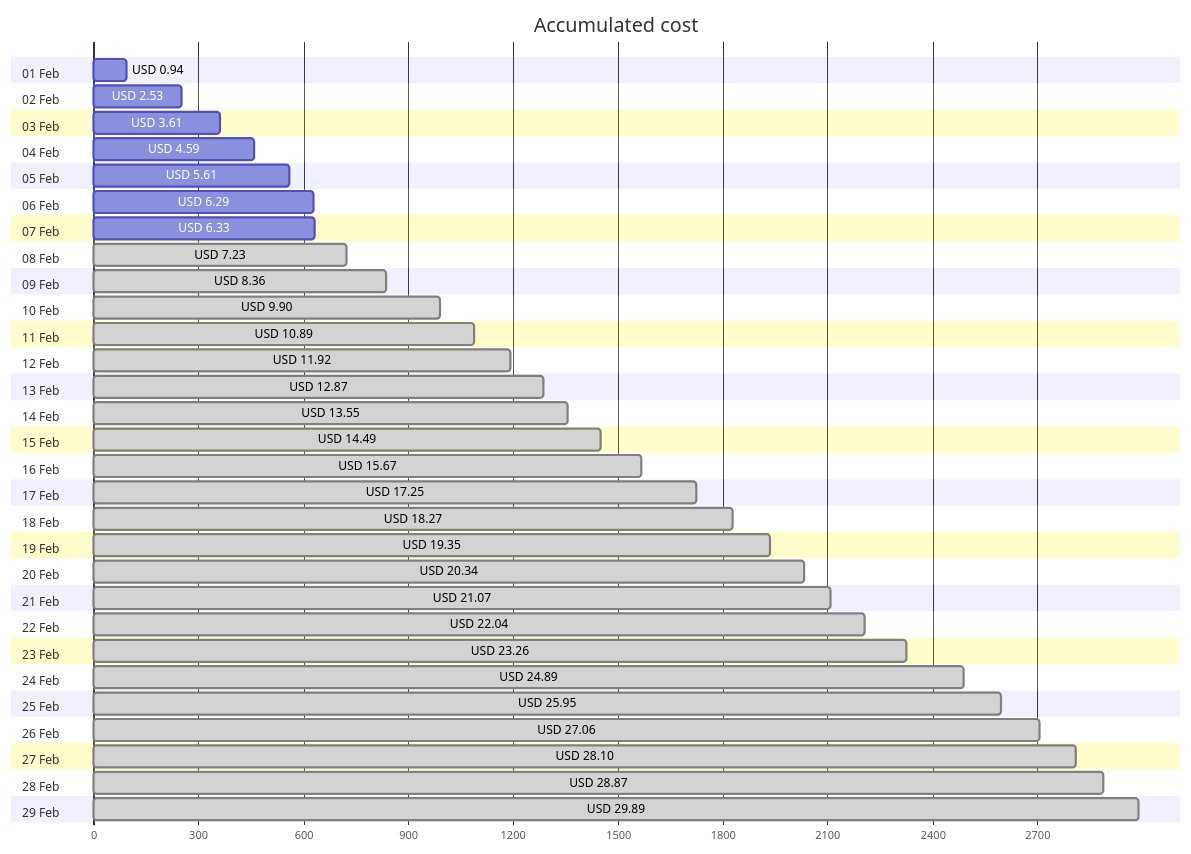
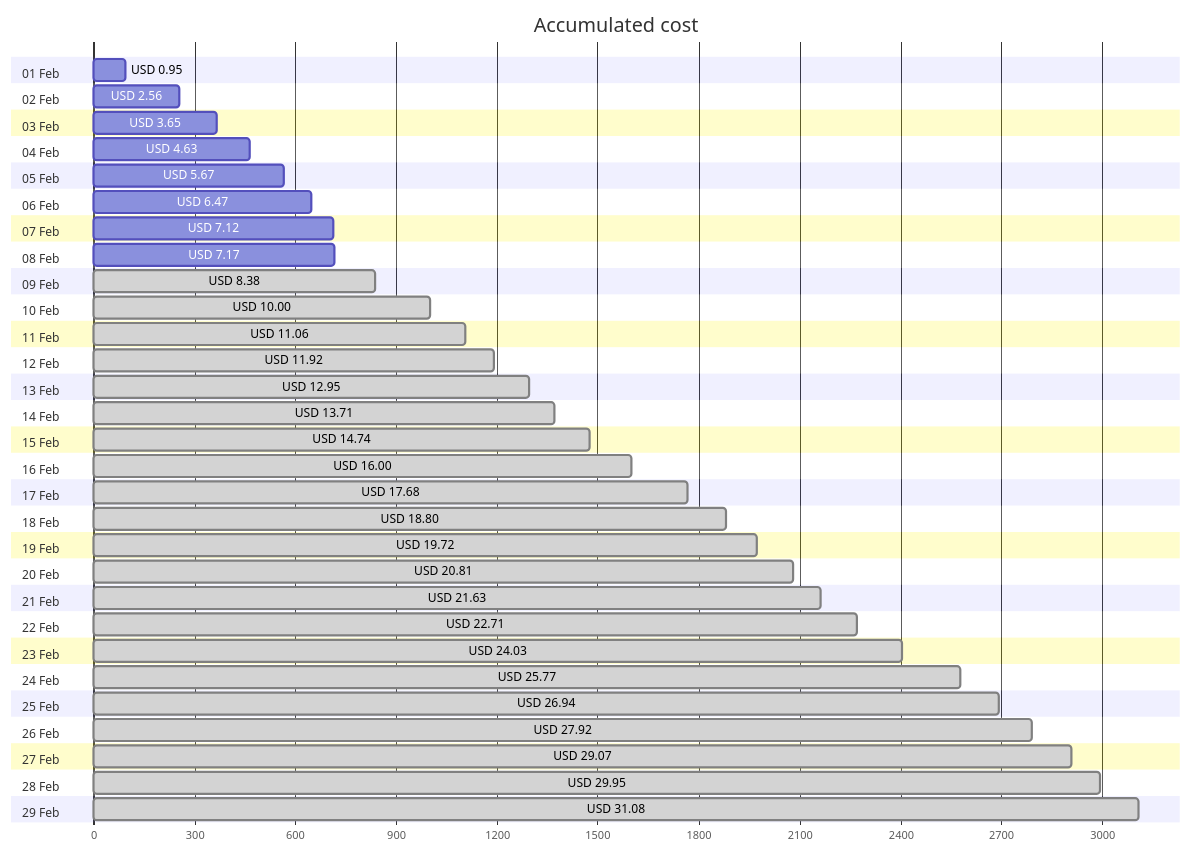
One commit to jpfulton/azure-personal-reports changed the first of 4 diagrams in cost-reports/personal-network/vpn-server.md. Above: the diagram before and after it, drawn with Mermaid. The commit also changed other lines of this file and 7 other files, not shown here.

````diff
--- a/cost-reports/personal-network/vpn-server.md
+++ b/cost-reports/personal-network/vpn-server.md
@@ -20,64 +20,64 @@
 ```mermaid
 gantt
    title Accumulated cost
    dateFormat  X
    axisFormat %s
    section 01 Feb
-   USD 0.94 :0, 94
+   USD 0.95 :0, 95
    section 02 Feb
-   USD 2.53 :0, 253
+   USD 2.56 :0, 256
    section 03 Feb
-   USD 3.61 :0, 361
+   USD 3.65 :0, 365
    section 04 Feb
-   USD 4.59 :0, 459
+   USD 4.63 :0, 463
    section 05 Feb
-   USD 5.61 :0, 561
+   USD 5.67 :0, 567
    section 06 Feb
-   USD 6.29 :0, 629
+   USD 6.47 :0, 647
    section 07 Feb
-   USD 6.33 :0, 633
+   USD 7.12 :0, 712
    section 08 Feb
-   USD 7.23 : done, 0, 723
+   USD 7.17 :0, 717
    section 09 Feb
-   USD 8.36 : done, 0, 836
+   USD 8.38 : done, 0, 838
    section 10 Feb
-   USD 9.90 : done, 0, 990
+   USD 10.00 : done, 0, 1000
    section 11 Feb
-   USD 10.89 : done, 0, 1089
+   USD 11.06 : done, 0, 1106
    section 12 Feb
    USD 11.92 : done, 0, 1192
    section 13 Feb
-   USD 12.87 : done, 0, 1287
+   USD 12.95 : done, 0, 1295
    section 14 Feb
-   USD 13.55 : done, 0, 1355
+   USD 13.71 : done, 0, 1371
    section 15 Feb
-   USD 14.49 : done, 0, 1449
+   USD 14.74 : done, 0, 1474
    section 16 Feb
-   USD 15.67 : done, 0, 1567
+   USD 16.00 : done, 0, 1600
    section 17 Feb
-   USD 17.25 : done, 0, 1725
+   USD 17.68 : done, 0, 1768
    section 18 Feb
-   USD 18.27 : done, 0, 1827
+   USD 18.80 : done, 0, 1880
    section 19 Feb
-   USD 19.35 : done, 0, 1935
+   USD 19.72 : done, 0, 1972
    section 20 Feb
-   USD 20.34 : done, 0, 2034
+   USD 20.81 : done, 0, 2081
    section 21 Feb
-   USD 21.07 : done, 0, 2107
+   USD 21.63 : done, 0, 2163
    section 22 Feb
-   USD 22.04 : done, 0, 2204
+   USD 22.71 : done, 0, 2271
    section 23 Feb
-   USD 23.26 : done, 0, 2326
+   USD 24.03 : done, 0, 2403
    section 24 Feb
-   USD 24.89 : done, 0, 2489
+   USD 25.77 : done, 0, 2577
    section 25 Feb
-   USD 25.95 : done, 0, 2595
+   USD 26.94 : done, 0, 2694
    section 26 Feb
-   USD 27.06 : done, 0, 2706
+   USD 27.92 : done, 0, 2792
    section 27 Feb
-   USD 28.10 : done, 0, 2810
+   USD 29.07 : done, 0, 2907
    section 28 Feb
-   USD 28.87 : done, 0, 2887
+   USD 29.95 : done, 0, 2995
    section 29 Feb
-   USD 29.89 : done, 0, 2989
+   USD 31.08 : done, 0, 3108
 ```
````
